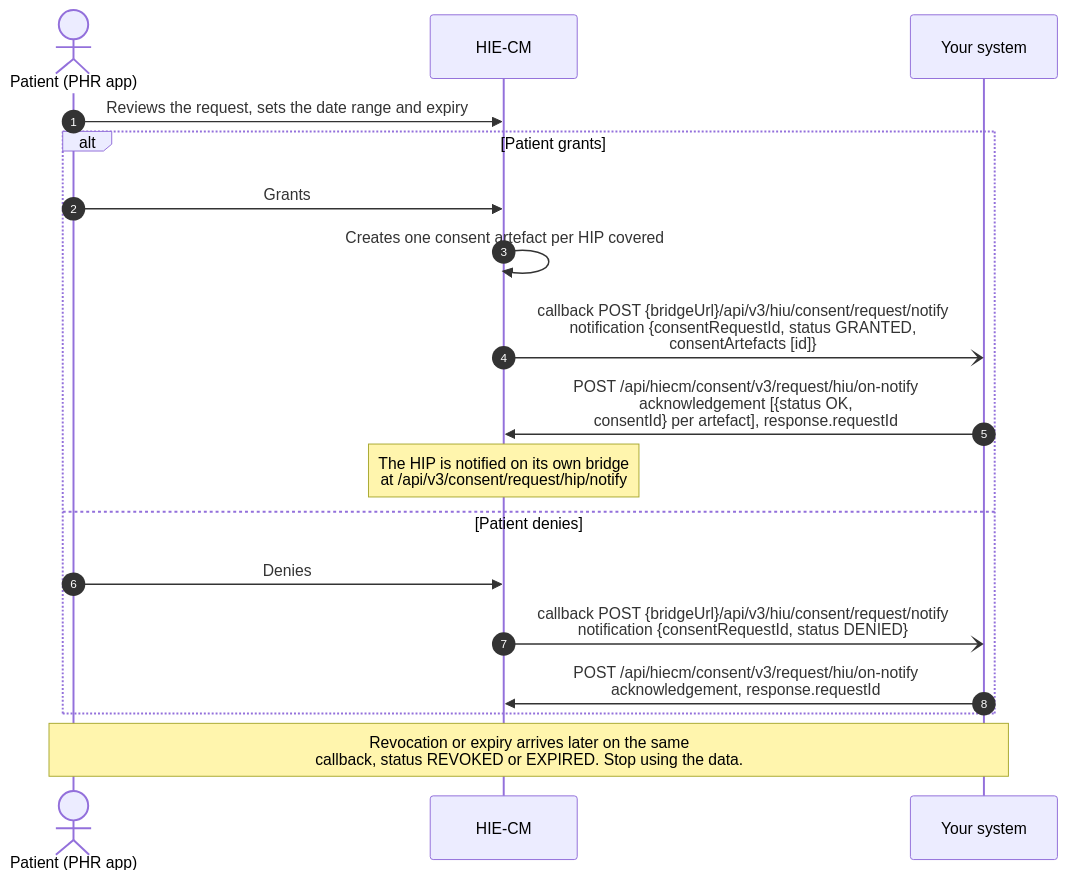
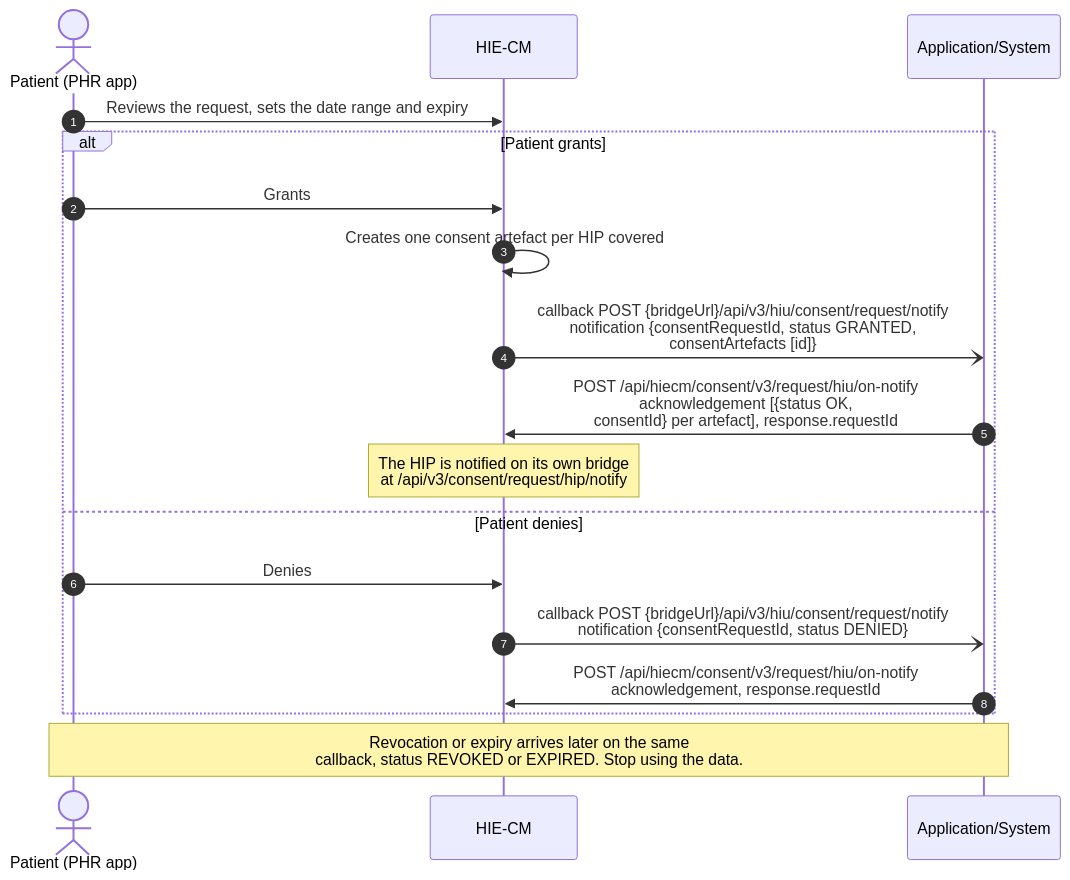
Before and after one commit to nha-in/docs: the second of 3 diagrams in site/docs/hiecm/v3/milestones/m3.mdx, drawn with Mermaid. The commit also changed other lines of this file and 1 other file, not shown here.

First line of the commit message:
docs: M4 keeps NHA's wording and order, and M3 diagrams match the legend

````diff
--- a/site/docs/hiecm/v3/milestones/m3.mdx
+++ b/site/docs/hiecm/v3/milestones/m3.mdx
@@ -153,20 +153,20 @@
 ```mermaid
 sequenceDiagram
     autonumber
     actor P as Patient (PHR app)
     participant CM as HIE-CM
-    participant S as Your system
+    participant S as Application/System
     P->>CM: Reviews the request, sets the date range and expiry
     alt Patient grants
         P->>CM: Grants
         CM->>CM: Creates one consent artefact per HIP covered
         CM-)S: callback POST {bridgeUrl}/api/v3/hiu/consent/request/notify<br/>notification {consentRequestId, status GRANTED,<br/>consentArtefacts [id]}
         S->>CM: POST /api/hiecm/consent/v3/request/hiu/on-notify<br/>acknowledgement [{status OK,<br/>consentId} per artefact], response.requestId
         Note over CM: The HIP is notified on its own bridge<br/>at /api/v3/consent/request/hip/notify
     else Patient denies
         P->>CM: Denies
         CM-)S: callback POST {bridgeUrl}/api/v3/hiu/consent/request/notify<br/>notification {consentRequestId, status DENIED}
         S->>CM: POST /api/hiecm/consent/v3/request/hiu/on-notify<br/>acknowledgement, response.requestId
     end
     Note over P,S: Revocation or expiry arrives later on the same<br/>callback, status REVOKED or EXPIRED. Stop using the data.
 ```
````
